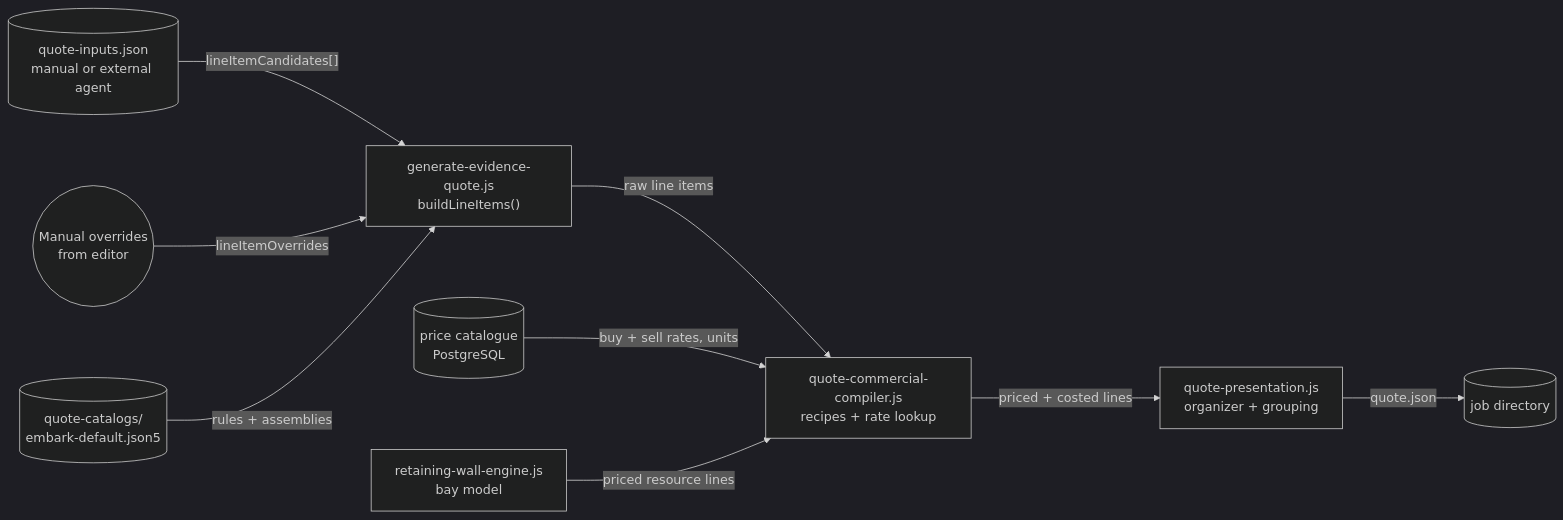
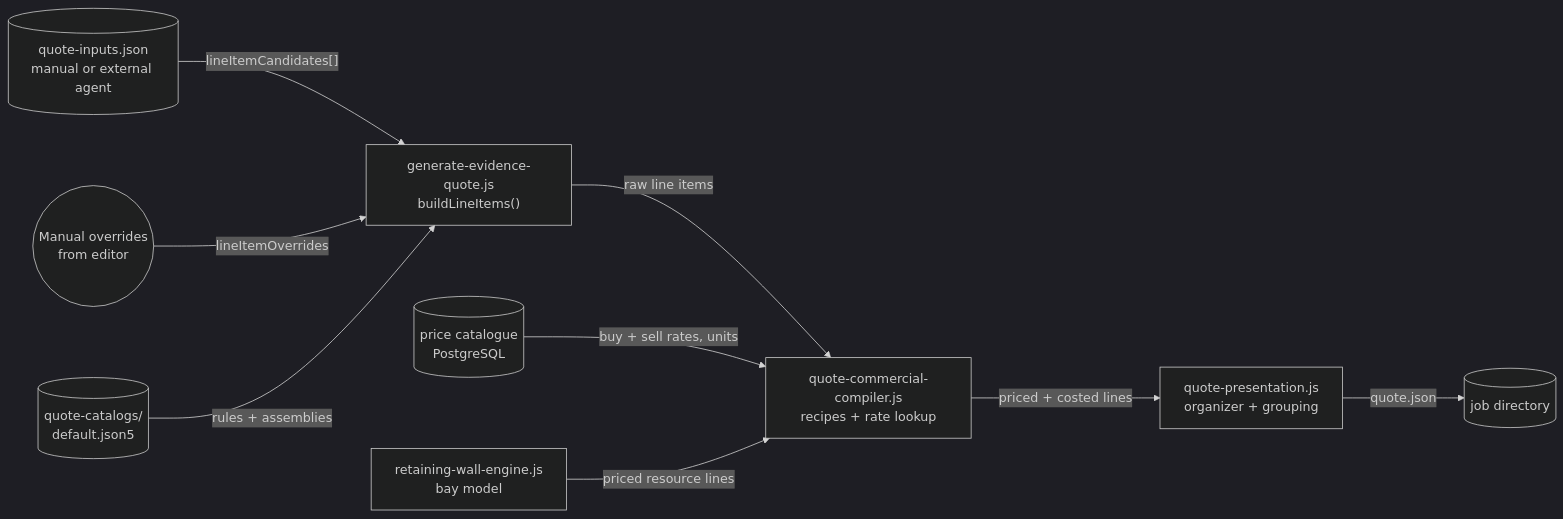
One commit to arcforgelabs/field changed the third of 7 diagrams in ARCHITECTURE.md. Above: the diagram before and after it, drawn with Mermaid (dark theme). The commit also changed other lines of this file and 56 other files, not shown here.

First line of the commit message:
feat: a new installation has no Embark identity by default (#123)

````diff
--- a/ARCHITECTURE.md
+++ b/ARCHITECTURE.md
@@ -137,12 +137,12 @@
 ```mermaid
 %%{init: {"flowchart": {"nodeSpacing": 90, "rankSpacing": 70}} }%%
 flowchart LR
     QI[("quote-inputs.json<br/>manual or external agent")] -->|"lineItemCandidates[]"| BL["generate-evidence-quote.js<br/>buildLineItems()"]
     OVR(("Manual overrides<br/>from editor")) -->|"lineItemOverrides"| BL
-    CAT[("quote-catalogs/<br/>embark-default.json5")] -->|"rules + assemblies"| BL
+    CAT[("quote-catalogs/<br/>default.json5")] -->|"rules + assemblies"| BL
     BL -->|"raw line items"| CC["quote-commercial-compiler.js<br/>recipes + rate lookup"]
     PC[("price catalogue<br/>PostgreSQL")] -->|"buy + sell rates, units"| CC
     RW["retaining-wall-engine.js<br/>bay model"] -->|"priced resource lines"| CC
     CC -->|"priced + costed lines"| PRES["quote-presentation.js<br/>organizer + grouping"]
     PRES -->|"quote.json"| ART[("job directory")]
 ```
````
